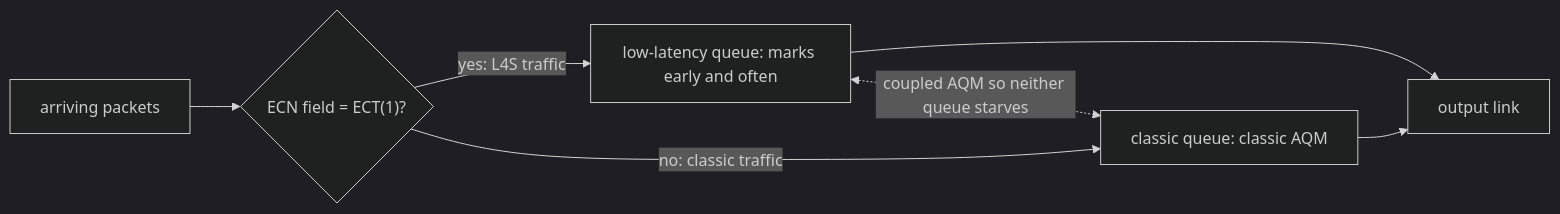
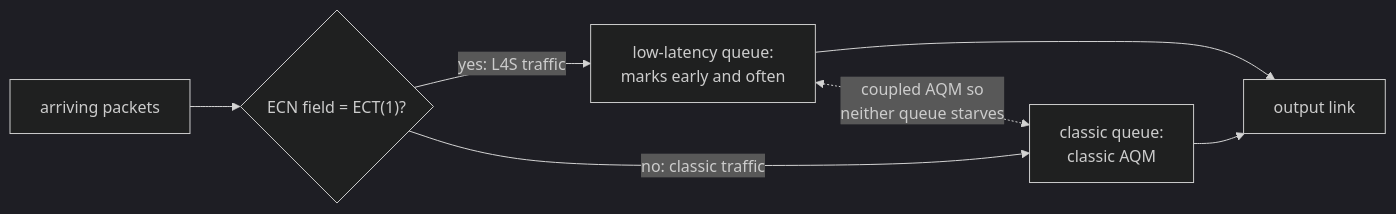
One commit to FahimMashroor/Chalmers_CSC changed diagram 31 of 34 in EDA387-Computer-Networks/04-TCP.md. Above: the diagram before and after it, drawn with Mermaid (dark theme). The commit also changed other lines of this file, not shown here.

Commit message:
Rewrite 04 TCP in simple language with examples and diagrams

````diff
--- a/EDA387-Computer-Networks/04-TCP.md
+++ b/EDA387-Computer-Networks/04-TCP.md
@@ -860,9 +1207,9 @@
 ```mermaid
 flowchart LR
   in["arriving packets"] --> sep{"ECN field = ECT(1)?"}
-  sep -->|"yes: L4S traffic"| lq["low-latency queue: marks early and often"]
-  sep -->|"no: classic traffic"| cq["classic queue: classic AQM"]
+  sep -->|"yes: L4S traffic"| lq["low-latency queue:<br/>marks early and often"]
+  sep -->|"no: classic traffic"| cq["classic queue:<br/>classic AQM"]
   lq --> link["output link"]
   cq --> link
-  lq <-.->|"coupled AQM so neither queue starves"| cq
+  lq <-.->|"coupled AQM so<br/>neither queue starves"| cq
 ```
````
